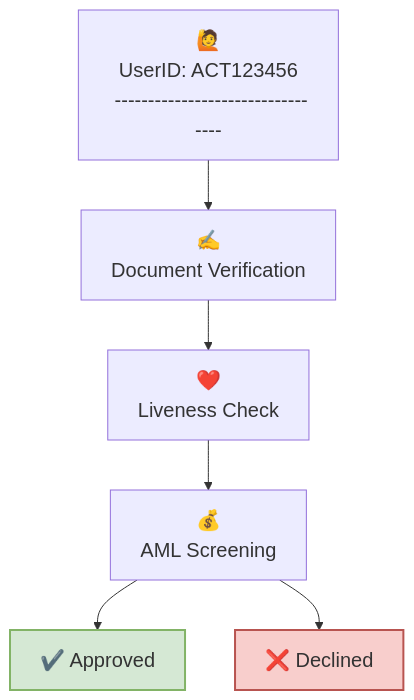
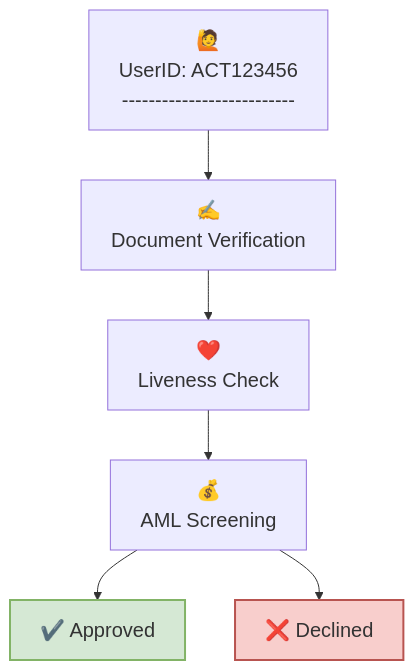
Before and after one commit to Fantastic-Devs/Mintlify: the diagram in id/id.mdx, drawn with Mermaid.

````diff
--- a/id/id.mdx
+++ b/id/id.mdx
@@ -17,28 +17,28 @@
 ```mermaid
 
 graph TB;
-    A["🙋<br />UserID: ACT123456<br> ---------------------------------"]
+    A["🙋<br />UserID: ACT123456<br> --------------------------"]
     B["✍<br />Document Verification"];
     C["❤️<br />Liveness Check"];
     D["💰<br />AML Screening"];
     E["✔️ Approved"];
     F["❌ Declined"];
 
     A --> B;
     B --> C;
     C --> D;
     D --> E;
     D --> F;
     %% Classes
     classDef largeText font-size:20px;
     class A largeText;
     class B largeText;
     class C largeText;
     class D largeText;
     class E largeText;
     class F largeText;
  
     style E fill:#d5e8d4,stroke:#82b366,stroke-width:2px;
     style F fill:#f8cecc,stroke:#b85450,stroke-width:2px;
 
 ```
````
